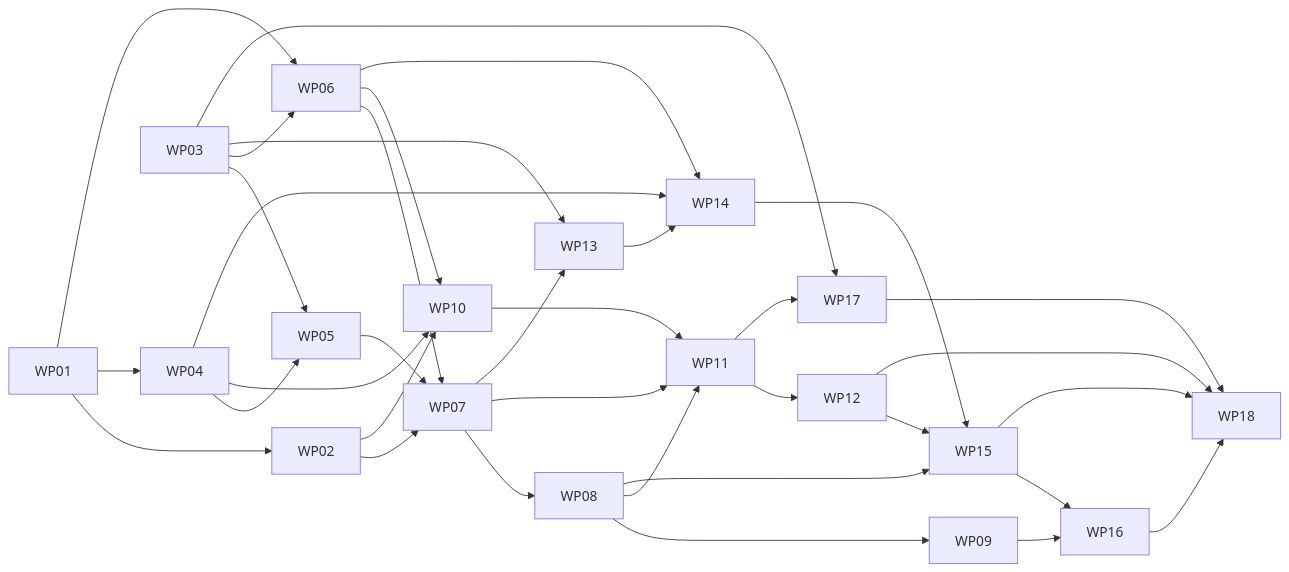
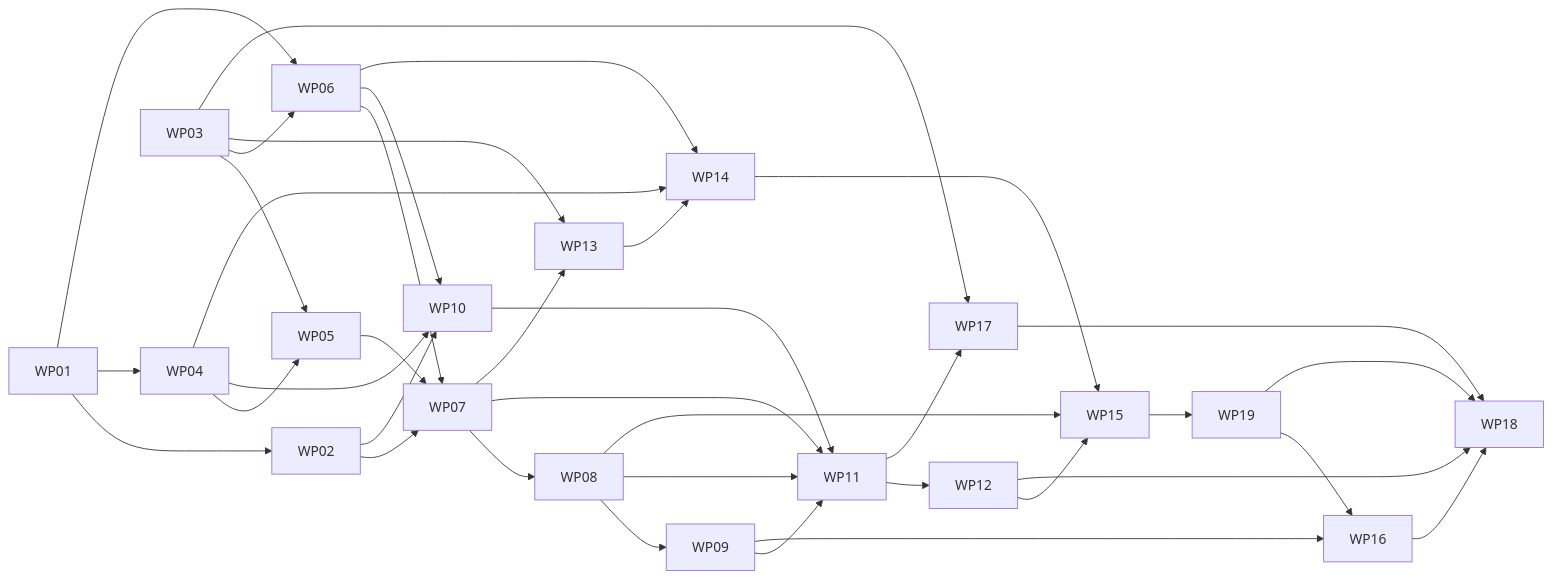
Before and after one commit to acoliver/hubnot: the diagram in kitty-specs/standing-acceptance-01M5VD2K/tasks.md, drawn with Mermaid. The commit also changed other lines of this file and 15 other files, not shown here.

````diff
--- a/kitty-specs/standing-acceptance-01M5VD2K/tasks.md
+++ b/kitty-specs/standing-acceptance-01M5VD2K/tasks.md
@@ -23,35 +24,37 @@
 ```mermaid
 flowchart LR
     WP01 --> WP02
     WP01 --> WP04
     WP03 --> WP05
     WP04 --> WP05
     WP01 --> WP06
     WP03 --> WP06
     WP02 --> WP07
     WP05 --> WP07
     WP06 --> WP07
     WP07 --> WP08 --> WP09
+    WP09 --> WP11
     WP02 --> WP10
     WP04 --> WP10
     WP06 --> WP10
     WP07 --> WP11
     WP08 --> WP11
     WP10 --> WP11 --> WP12
     WP03 --> WP13
     WP07 --> WP13
     WP04 --> WP14
     WP06 --> WP14
     WP13 --> WP14
     WP08 --> WP15
     WP12 --> WP15
     WP14 --> WP15
+    WP15 --> WP19
     WP09 --> WP16
-    WP15 --> WP16
+    WP19 --> WP16
     WP03 --> WP17
     WP11 --> WP17
     WP12 --> WP18
-    WP15 --> WP18
+    WP19 --> WP18
     WP16 --> WP18
     WP17 --> WP18
 ```
````
